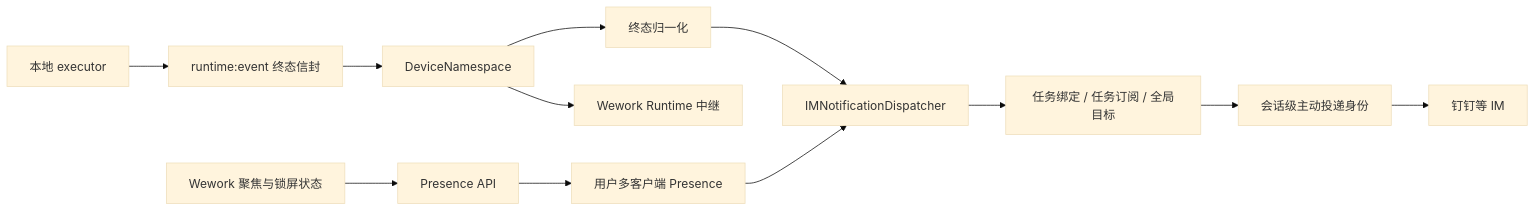
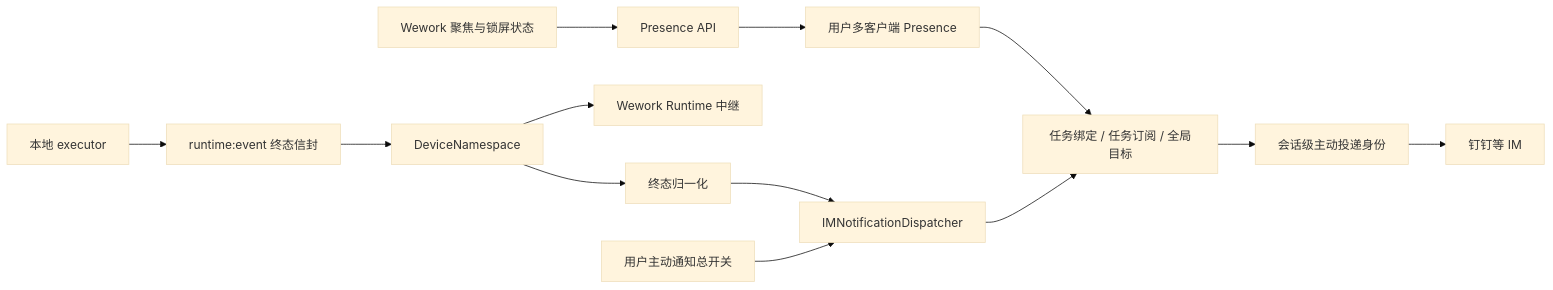
One commit to wecode-ai/Wegent changed the first of 2 diagrams in docs/zh/architecture/runtime-im-notifications.md. Above: the diagram before and after it, drawn with Mermaid (base theme). The commit also changed other lines of this file and 3 other files, not shown here.

````diff
--- a/docs/zh/architecture/runtime-im-notifications.md
+++ b/docs/zh/architecture/runtime-im-notifications.md
@@ -9,14 +9,15 @@
 ```mermaid
 flowchart LR
     PRESENCE[Wework 聚焦与锁屏状态] --> API[Presence API]
     API --> REDIS[用户多客户端 Presence]
     EXEC[本地 executor] --> EVENT["runtime:event 终态信封"]
     EVENT --> DEVICE[DeviceNamespace]
     DEVICE --> WEWORK[Wework Runtime 中继]
     DEVICE --> NORMALIZE[终态归一化]
     NORMALIZE --> DISPATCH[IMNotificationDispatcher]
-    REDIS --> DISPATCH
+    SWITCH[用户主动通知总开关] --> DISPATCH
+    REDIS --> TARGET
     DISPATCH --> TARGET[任务绑定 / 任务订阅 / 全局目标]
     TARGET --> RECIPIENT[会话级主动投递身份]
     RECIPIENT --> IM[钉钉等 IM]
 ```
````
